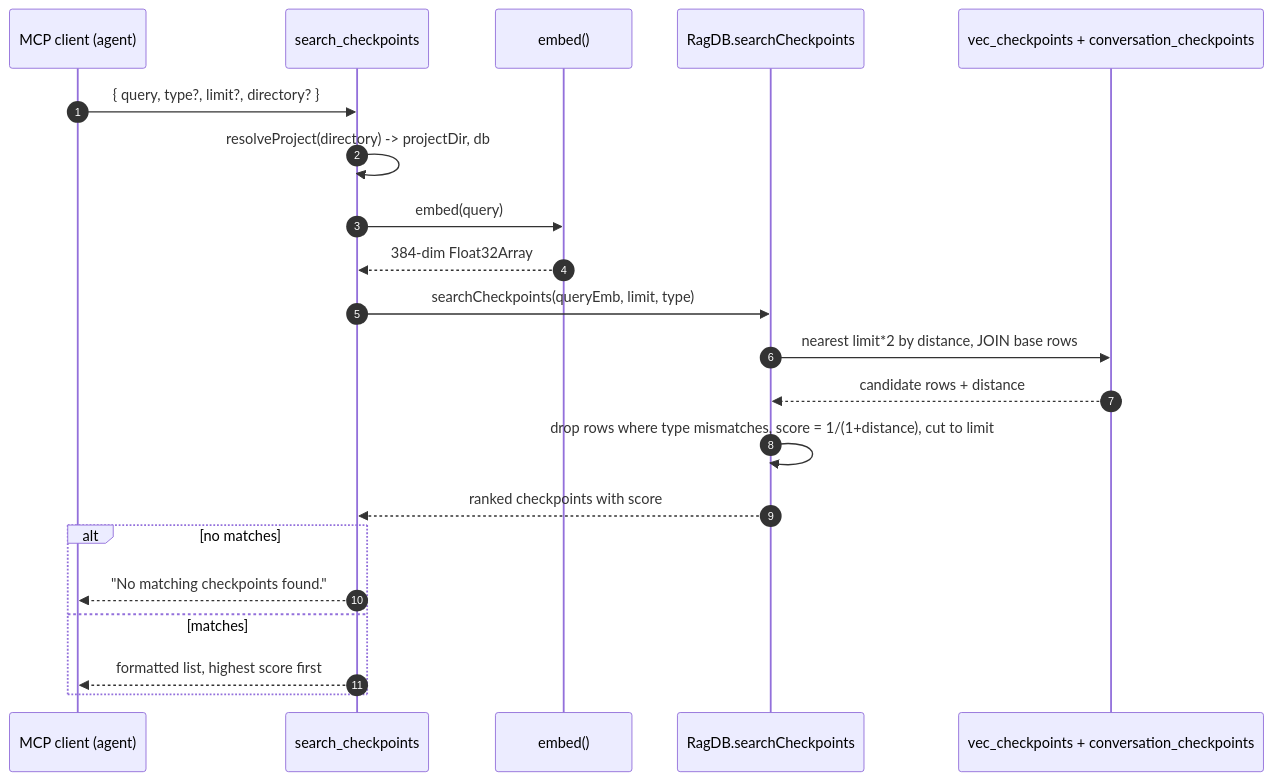
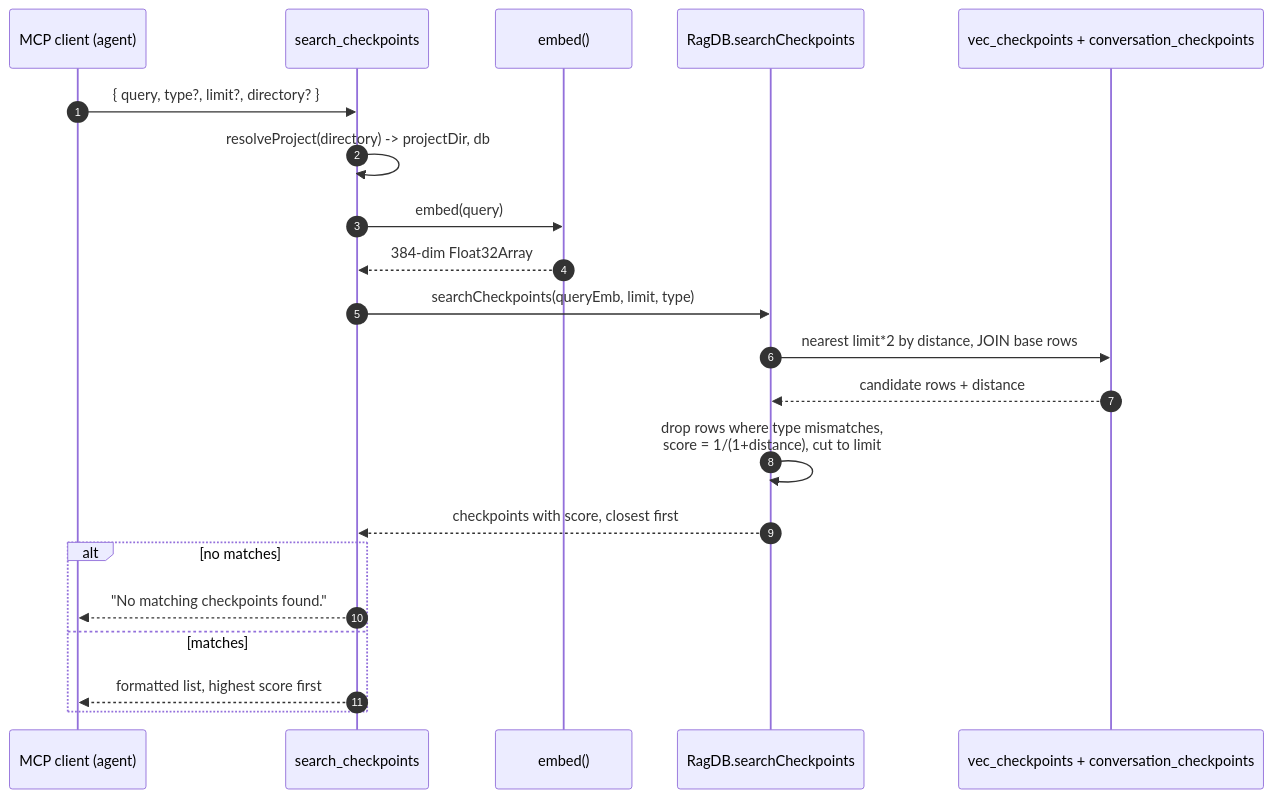
One commit to TheWinci/mimirs changed the diagram in wiki/tools/search-checkpoints.md. Above: the diagram before and after it, drawn with Mermaid. The commit also changed other lines of this file and 55 other files, not shown here.

````diff
--- a/wiki/tools/search-checkpoints.md
+++ b/wiki/tools/search-checkpoints.md
@@ -15,24 +15,24 @@
 ```mermaid
 sequenceDiagram
     autonumber
     participant Agent as MCP client (agent)
     participant Tool as search_checkpoints
     participant Embed as embed()
     participant DB as RagDB.searchCheckpoints
     participant Vec as vec_checkpoints + conversation_checkpoints
 
     Agent->>Tool: { query, type?, limit?, directory? }
     Tool->>Tool: resolveProject(directory) -> projectDir, db
     Tool->>Embed: embed(query)
     Embed-->>Tool: 384-dim Float32Array
     Tool->>DB: searchCheckpoints(queryEmb, limit, type)
     DB->>Vec: nearest limit*2 by distance, JOIN base rows
     Vec-->>DB: candidate rows + distance
-    DB->>DB: drop rows where type mismatches, score = 1/(1+distance), cut to limit
-    DB-->>Tool: ranked checkpoints with score
+    DB->>DB: drop rows where type mismatches,<br>score = 1/(1+distance), cut to limit
+    DB-->>Tool: checkpoints with score, closest first
     alt no matches
         Tool-->>Agent: "No matching checkpoints found."
     else matches
         Tool-->>Agent: formatted list, highest score first
     end
 ```
````
